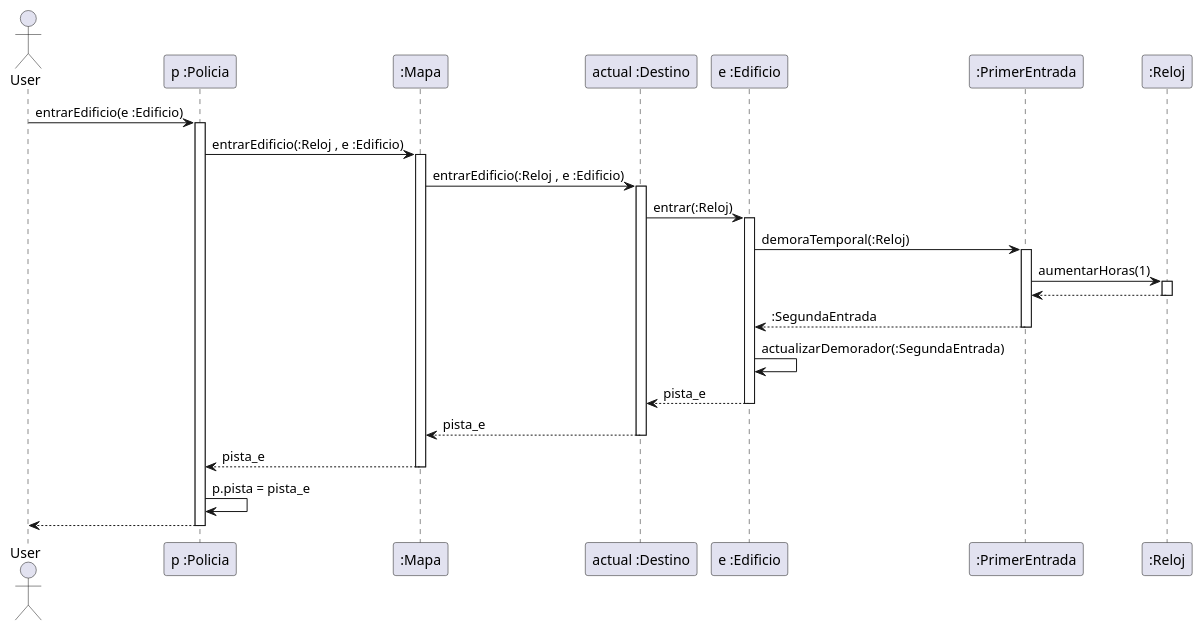
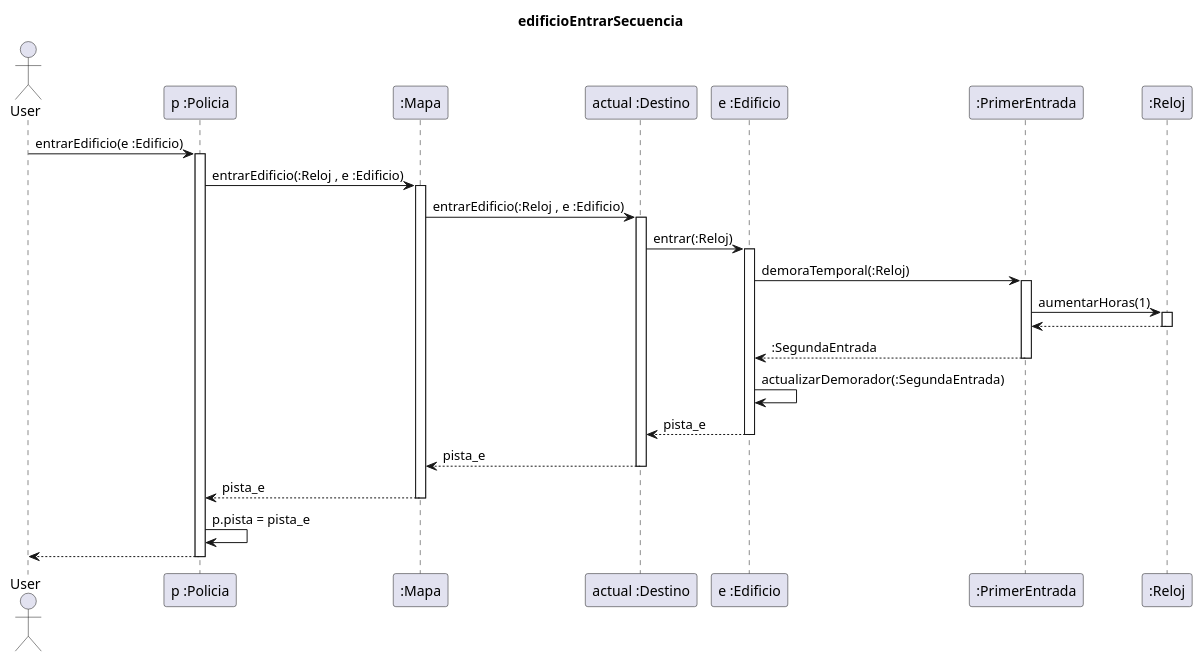
The diagram in diagrams/sequences/entrarEdificioSecuencia.plantuml (Nicolas-Bravo/algo3_tp2), drawn with PlantUML before and after one commit. The commit also changed 3 other files, not shown here.

Commit message:
diagrama entrar edificio

```diff
--- a/diagrams/sequences/entrarEdificioSecuencia.plantuml
+++ b/diagrams/sequences/entrarEdificioSecuencia.plantuml
@@ -1,45 +1,47 @@
 @startuml
+
+title edificioEntrarSecuencia
 
 Actor User
 
 User -> "p :Policia" : entrarEdificio(e :Edificio)
 Activate "p :Policia"
 
 "p :Policia" -> ":Mapa" : entrarEdificio(:Reloj , e :Edificio)
 activate ":Mapa"
 
 ":Mapa" -> "actual :Destino" : entrarEdificio(:Reloj , e :Edificio)
 activate "actual :Destino"
 
 "actual :Destino" -> "e :Edificio" : entrar(:Reloj)
 activate "e :Edificio"
 
 "e :Edificio" -> ":PrimerEntrada" : demoraTemporal(:Reloj)
 activate ":PrimerEntrada"
 
 ":PrimerEntrada" -> ":Reloj" : aumentarHoras(1)
 activate ":Reloj"
 
 ":Reloj" --> ":PrimerEntrada"
 deactivate ":Reloj"
 
 ":PrimerEntrada" --> "e :Edificio" : :SegundaEntrada
 deactivate ":PrimerEntrada"
 
 "e :Edificio" -> "e :Edificio" : actualizarDemorador(:SegundaEntrada)
 
 "e :Edificio" --> "actual :Destino" : pista_e
 deactivate "e :Edificio"
 
 "actual :Destino" --> ":Mapa" : pista_e
 deactivate "actual :Destino"
 
 ":Mapa" --> "p :Policia" : pista_e
 deactivate ":Mapa"
 
 "p :Policia" -> "p :Policia": p.pista = pista_e
 
 "p :Policia" --> User
 deactivate "p :Policia"
 
 @enduml
```
